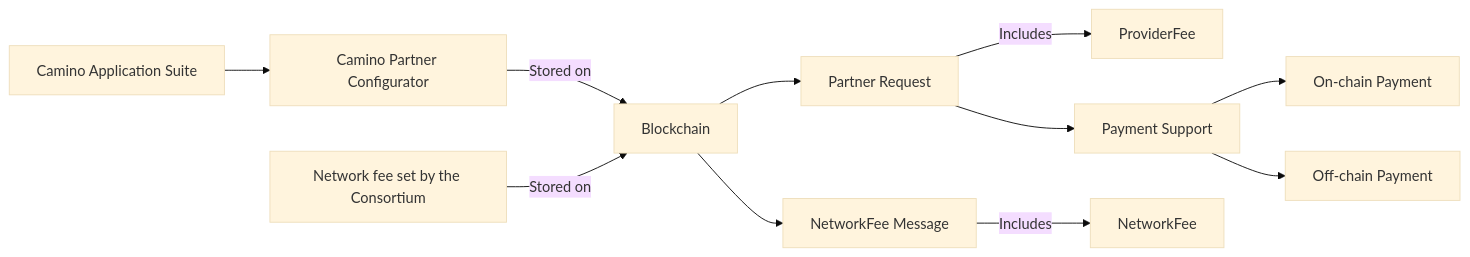
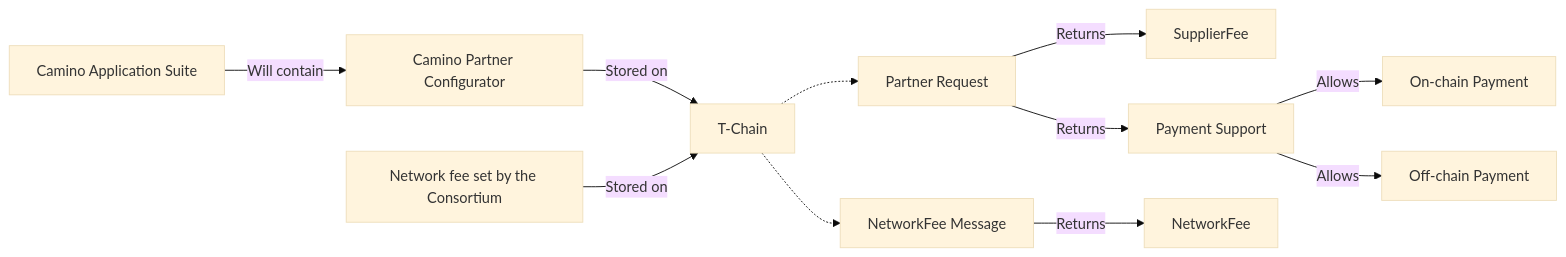
Before and after one commit to chain4travel/camino-docs: the first of 4 diagrams in docs/camino-messenger/introduction.md, drawn with Mermaid (base theme). The commit also changed other lines of this file and 1 other file, not shown here.

````diff
--- a/docs/camino-messenger/introduction.md
+++ b/docs/camino-messenger/introduction.md
@@ -86,15 +86,15 @@
 ```mermaid
 flowchart LR
-    A[Camino Application Suite] --> B[Camino Partner Configurator]
-    B -->|Stored on| C[Blockchain]
-    C --> D[Partner Request]
-    D -->|Includes| H[ProviderFee]
-    D --> I[Payment Support]
-    I --> J[On-chain Payment]
-    I --> K[Off-chain Payment]
+    A[Camino Application Suite] -->|Will contain| B[Camino Partner Configurator]
+    B -->|Stored on| C[T-Chain]
+    C -.-> D[Partner Request]
+    D -->|Returns| H[SupplierFee]
+    D -->|Returns| I[Payment Support]
+    I -->|Allows| J[On-chain Payment]
+    I -->|Allows| K[Off-chain Payment]
 
     L[Network fee set by the Consortium]
-    L -->|Stored on| C[Blockchain]
-    C --> M[NetworkFee Message]
-    M -->|Includes| N[NetworkFee]
+    L -->|Stored on| C[T-Chain]
+    C -.-> M[NetworkFee Message]
+    M -->|Returns| N[NetworkFee]
 ```
````
